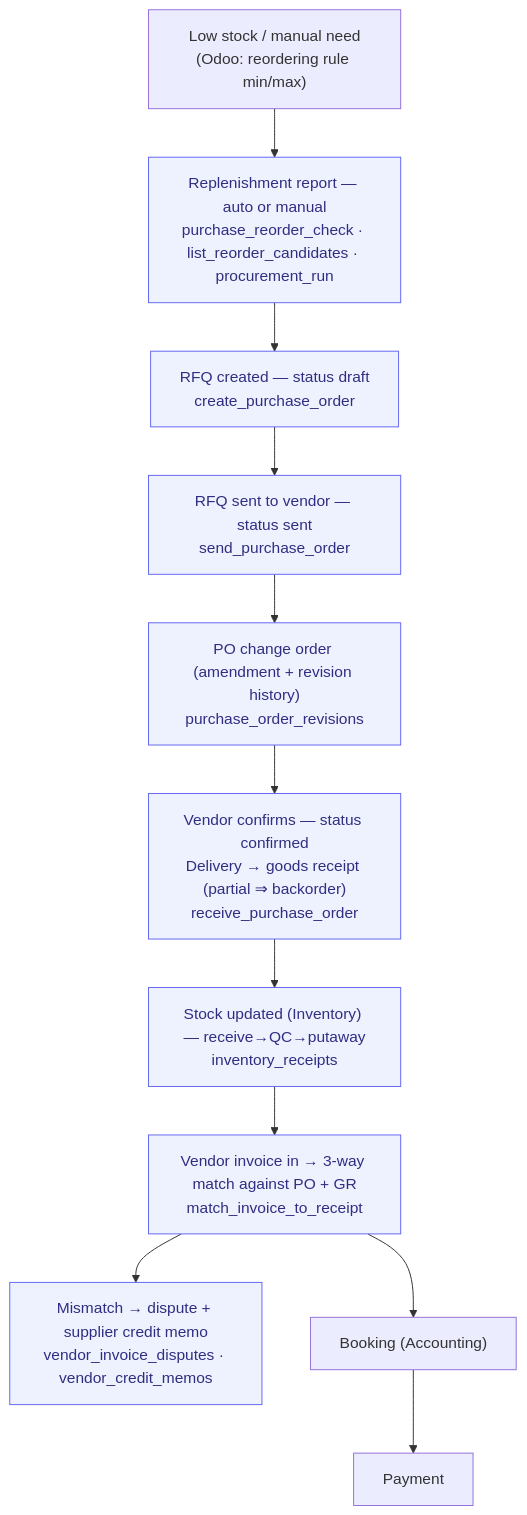
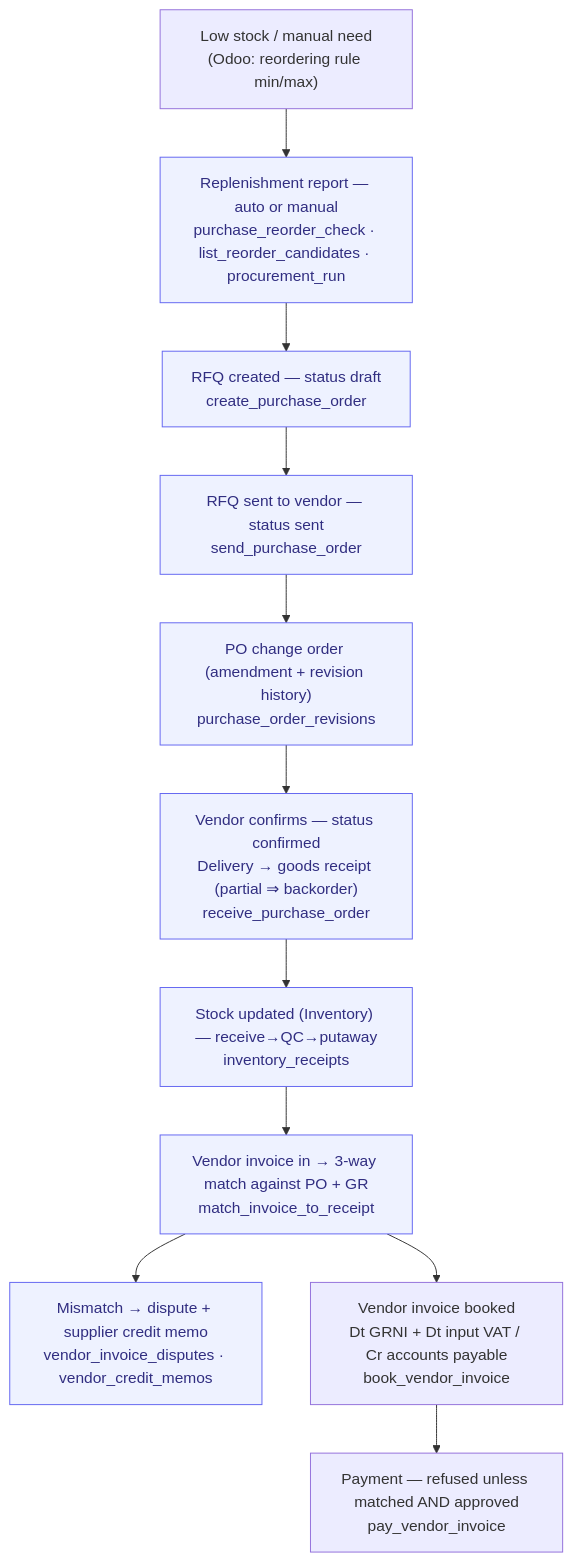
The diagram in docs/processes/procure-to-pay.md (flowwink/flowwink), drawn with Mermaid before and after one commit. The commit also changed other lines of this file, not shown here.

````diff
--- a/docs/processes/procure-to-pay.md
+++ b/docs/processes/procure-to-pay.md
@@ -33,16 +33,16 @@
 ```mermaid
 flowchart TD
     A["Low stock / manual need<br/>(Odoo: reordering rule min/max)"] --> B["Replenishment report — auto or manual<br/>purchase_reorder_check · list_reorder_candidates · procurement_run"]
     B --> C["RFQ created — status draft<br/>create_purchase_order"]
     C --> D["RFQ sent to vendor — status sent<br/>send_purchase_order"]
     D --> D2["PO change order (amendment + revision history)<br/>purchase_order_revisions"]
     D2 --> E["Vendor confirms — status confirmed<br/>Delivery → goods receipt (partial ⇒ backorder)<br/>receive_purchase_order"]
     E --> F["Stock updated (Inventory) — receive→QC→putaway<br/>inventory_receipts"]
     F --> G["Vendor invoice in → 3-way match against PO + GR<br/>match_invoice_to_receipt"]
     G --> G2["Mismatch → dispute + supplier credit memo<br/>vendor_invoice_disputes · vendor_credit_memos"]
-    G --> H["Booking (Accounting)"]
-    H --> I["Payment"]
+    G --> H["Vendor invoice booked<br/>Dt GRNI + Dt input VAT / Cr accounts payable<br/>book_vendor_invoice"]
+    H --> I["Payment — refused unless matched AND approved<br/>pay_vendor_invoice"]
 
     classDef agent fill:#eef2ff,stroke:#6366f1,color:#312e81;
     class B,C,D,D2,E,F,G,G2 agent
 ```
````
